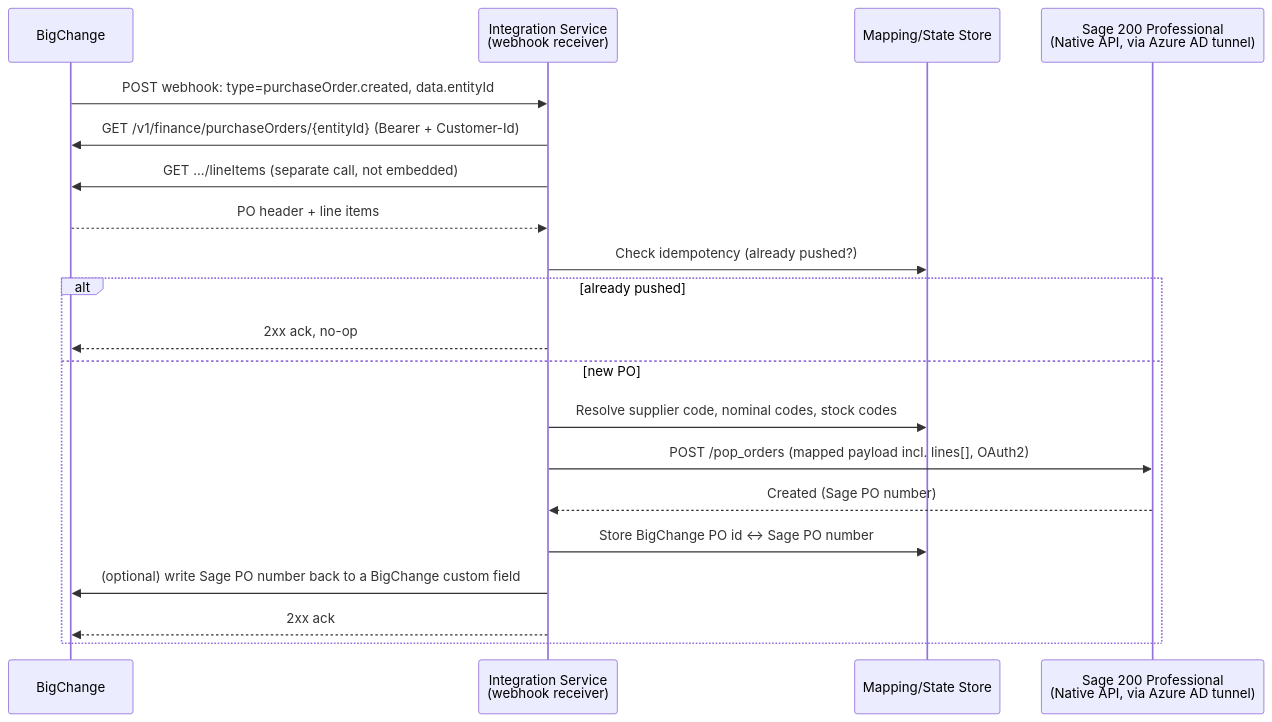
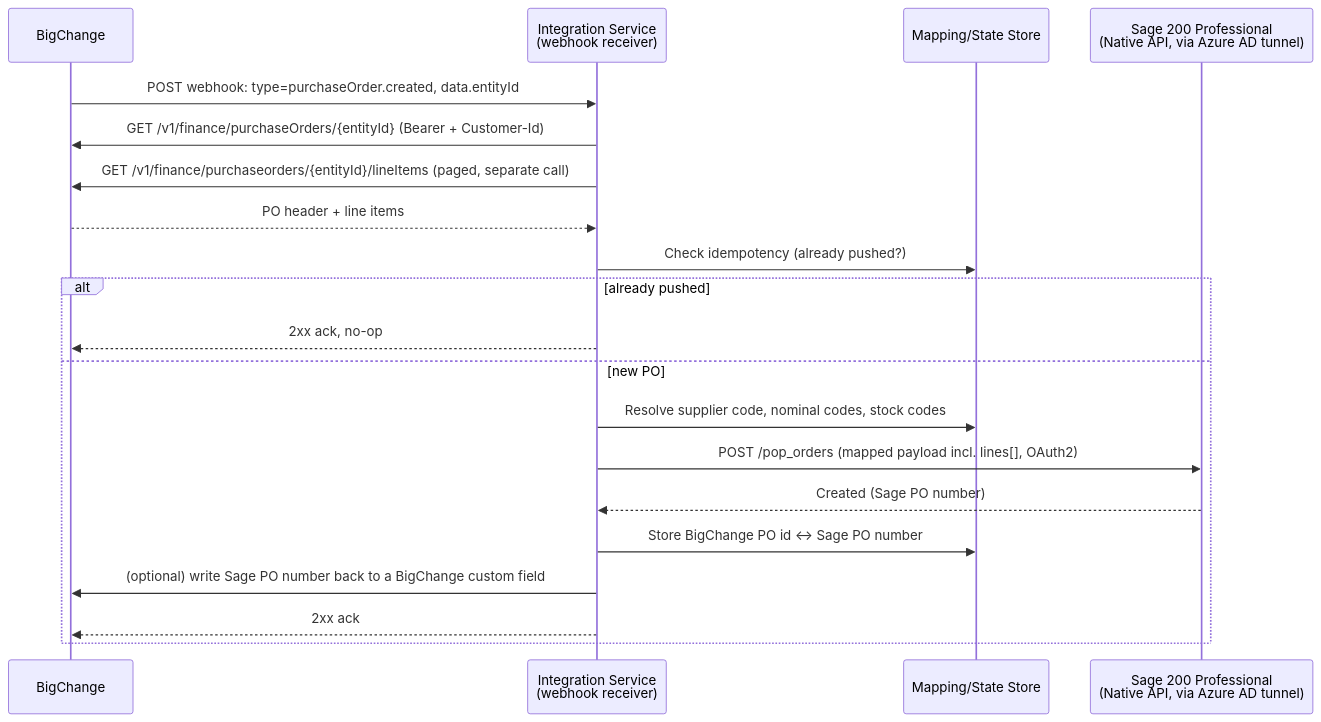
One commit to luciennzotarh-design/Test changed the diagram in docs/bigchange-sage200-po-integration.md. Above: the diagram before and after it, drawn with Mermaid. The commit also changed other lines of this file, not shown here.

Commit message:
Confirm BigChange line-items list endpoint shape and path

````diff
--- a/docs/bigchange-sage200-po-integration.md
+++ b/docs/bigchange-sage200-po-integration.md
@@ -91,23 +91,23 @@
 ```mermaid
 sequenceDiagram
     participant BC as BigChange
     participant WH as Integration Service<br/>(webhook receiver)
     participant DB as Mapping/State Store
     participant SG as Sage 200 Professional<br/>(Native API, via Azure AD tunnel)
 
     BC->>WH: POST webhook: type=purchaseOrder.created, data.entityId
     WH->>BC: GET /v1/finance/purchaseOrders/{entityId} (Bearer + Customer-Id)
-    WH->>BC: GET .../lineItems (separate call, not embedded)
+    WH->>BC: GET /v1/finance/purchaseorders/{entityId}/lineItems (paged, separate call)
     BC-->>WH: PO header + line items
     WH->>DB: Check idempotency (already pushed?)
     alt already pushed
         WH-->>BC: 2xx ack, no-op
     else new PO
         WH->>DB: Resolve supplier code, nominal codes, stock codes
         WH->>SG: POST /pop_orders (mapped payload incl. lines[], OAuth2)
         SG-->>WH: Created (Sage PO number)
         WH->>DB: Store BigChange PO id <-> Sage PO number
         WH->>BC: (optional) write Sage PO number back to a BigChange custom field
         WH-->>BC: 2xx ack
     end
 ```
````
